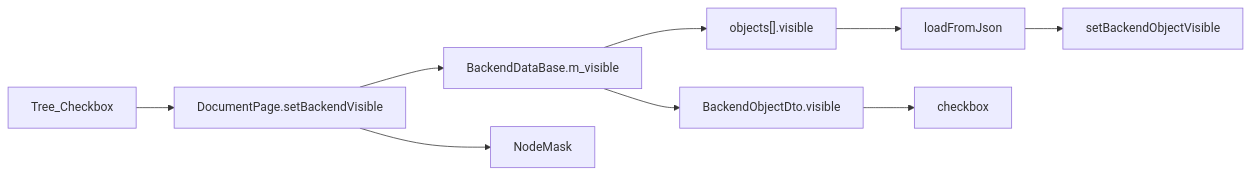
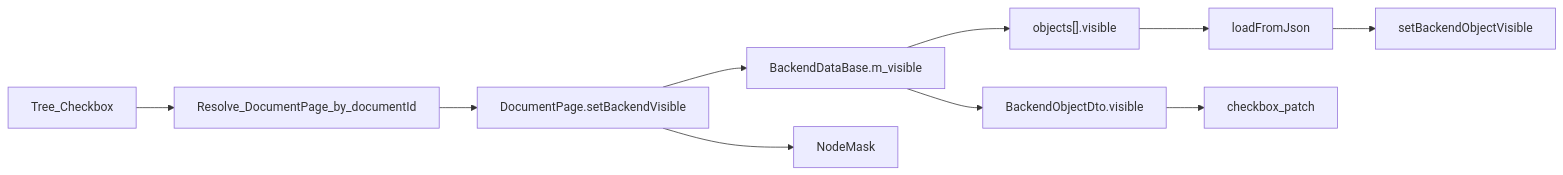
One commit to sanmunejdn/CloudSim changed the diagram in docs/backend_visibility/DESIGN_backend_visibility.md. Above: the diagram before and after it, drawn with Mermaid. The commit also changed other lines of this file and 175 other files, not shown here.

````diff
--- a/docs/backend_visibility/DESIGN_backend_visibility.md
+++ b/docs/backend_visibility/DESIGN_backend_visibility.md
@@ -11,11 +11,12 @@
 ```mermaid
 flowchart LR
-  UI[Tree_Checkbox] --> DP[DocumentPage.setBackendVisible]
+  UI[Tree_Checkbox] --> Resolve[Resolve_DocumentPage_by_documentId]
+  Resolve --> DP[DocumentPage.setBackendVisible]
   DP --> Data[BackendDataBase.m_visible]
   DP --> OSG[NodeMask]
   Data --> JSON["objects[].visible"]
   JSON --> Load[loadFromJson]
   Load --> Apply[setBackendObjectVisible]
   Data --> DTO[BackendObjectDto.visible]
-  DTO --> Tree[checkbox]
+  DTO --> Tree[checkbox_patch]
 ```
````
